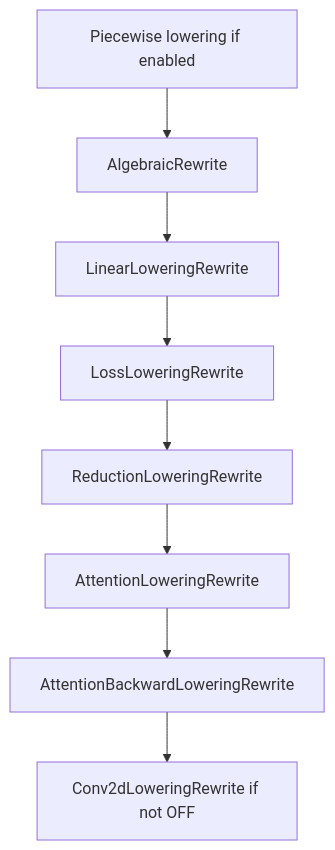
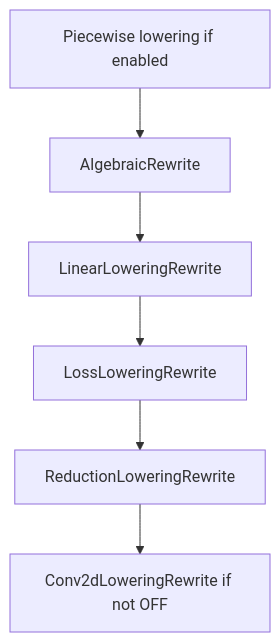
The fifth of 11 diagrams in docs/graph-optimizer.md (pho001/Synaptik), drawn with Mermaid before and after one commit. The commit also changed other lines of this file and 114 other files, not shown here.

Commit message:
compile: consolidate graph and backend planning config

````diff
--- a/docs/graph-optimizer.md
+++ b/docs/graph-optimizer.md
@@ -498,10 +501,8 @@
 ```mermaid
 flowchart TD
     P[Piecewise lowering if enabled] --> A[AlgebraicRewrite]
     A --> L[LinearLoweringRewrite]
     L --> LOSS[LossLoweringRewrite]
     LOSS --> R[ReductionLoweringRewrite]
-    R --> ATT[AttentionLoweringRewrite]
-    ATT --> ATTB[AttentionBackwardLoweringRewrite]
-    ATTB --> CONV[Conv2dLoweringRewrite if not OFF]
+    R --> CONV[Conv2dLoweringRewrite if not OFF]
 ```
````
